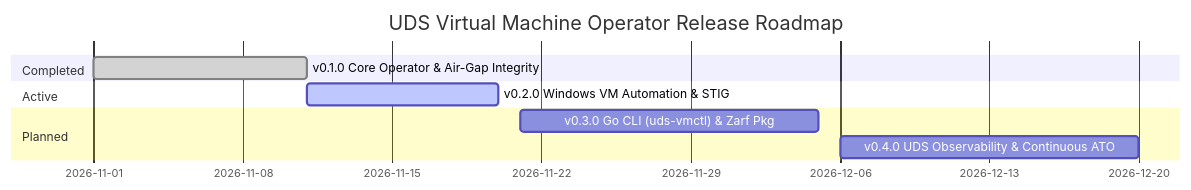
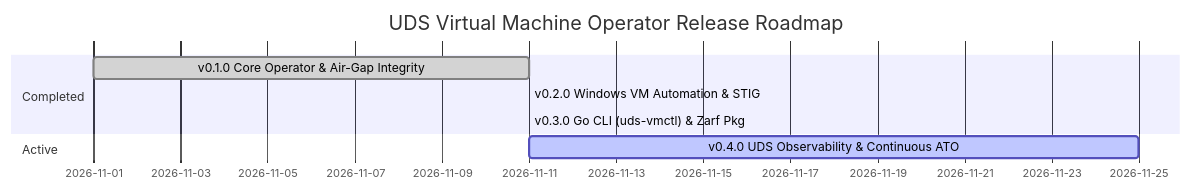
Before and after one commit to celttechie/uds-vm-operator: the diagram in ROADMAP.md, drawn with Mermaid. The commit also changed other lines of this file and 16 other files, not shown here.

First line of the commit message:
feat(cli): implement uds-vmctl Go CLI and Defense Unicorns Zarf packaging (#7)

````diff
--- a/ROADMAP.md
+++ b/ROADMAP.md
@@ -9,12 +9,11 @@
 ```mermaid
 gantt
     title UDS Virtual Machine Operator Release Roadmap
     dateFormat  YYYY-MM-DD
     section Completed
     v0.1.0 Core Operator & Air-Gap Integrity :done, 2026-11-01, 2026-11-11
+    v0.2.0 Windows VM Automation & STIG      :done, 2026-11-11, 2026-11-11
+    v0.3.0 Go CLI (uds-vmctl) & Zarf Pkg     :done, 2026-11-11, 2026-11-11
     section Active
-    v0.2.0 Windows VM Automation & STIG      :active, 2026-11-11, 2026-11-20
-    section Planned
-    v0.3.0 Go CLI (uds-vmctl) & Zarf Pkg     :2026-11-21, 2026-12-05
-    v0.4.0 UDS Observability & Continuous ATO:2026-12-06, 2026-12-20
+    v0.4.0 UDS Observability & Continuous ATO:active, 2026-11-11, 2026-11-25
 ```
````
